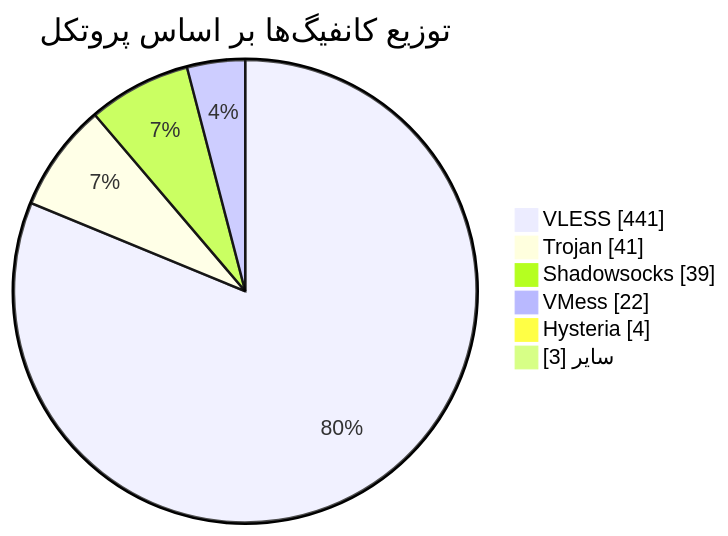
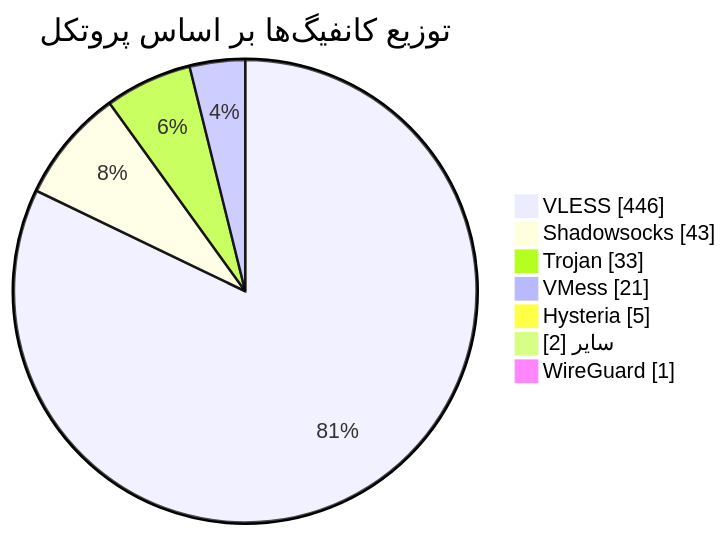
Before and after one commit to Arian-Alijani/Somthing: the diagram in README.md, drawn with Mermaid. The commit also changed other lines of this file and 83 other files, not shown here.

````diff
--- a/README.md
+++ b/README.md
@@ -48,10 +49,11 @@
 ```mermaid
 pie showData
     title توزیع کانفیگ‌ها بر اساس پروتکل
-    "VLESS" : 441
-    "Trojan" : 41
-    "Shadowsocks" : 39
-    "VMess" : 22
-    "Hysteria" : 4
-    "سایر" : 3
+    "VLESS" : 446
+    "Shadowsocks" : 43
+    "Trojan" : 33
+    "VMess" : 21
+    "Hysteria" : 5
+    "سایر" : 2
+    "WireGuard" : 1
 ```
````
